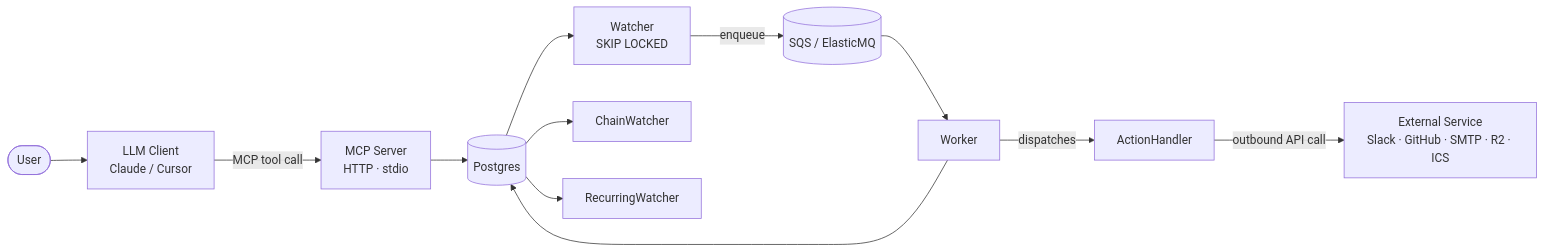
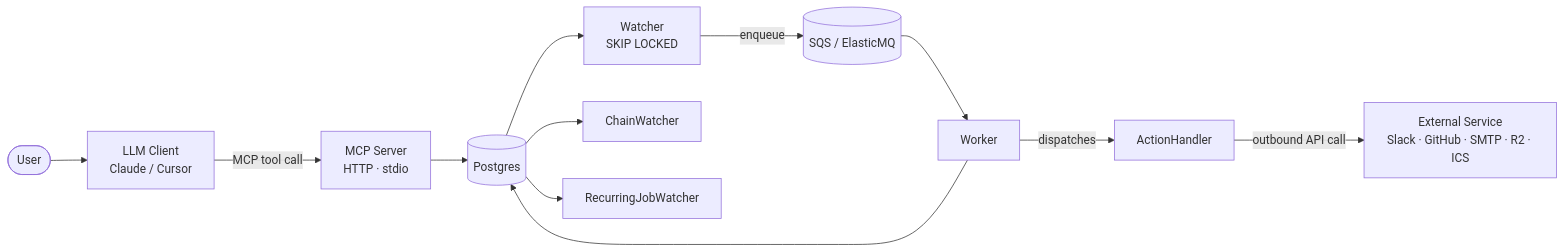
The diagram in README.md (PaynePew/task_scheduler_mcp), drawn with Mermaid before and after one commit. The commit also changed other lines of this file, not shown here.

Commit message:
refactor(docs): use canonical RecurringJobWatcher in README D1
CONTEXT.md, ADR-009, app/workers/recurring_watcher.py, and the rest
of the codebase consistently use "RecurringJobWatcher". README D1
introduced "RecurringWatcher" — terminology drift per the CONTEXT.md
naming rule. Align both the diagram label and the supporting paragraph.

Refs #99

````diff
--- a/README.md
+++ b/README.md
@@ -26,14 +26,14 @@
 ```mermaid
 flowchart LR
     User([User]) --> LLM[LLM Client\nClaude / Cursor]
     LLM -->|MCP tool call| MCP[MCP Server\nHTTP · stdio]
     MCP --> DB[(Postgres)]
     DB --> W[Watcher\nSKIP LOCKED]
     W -->|enqueue| Q[(SQS / ElasticMQ)]
     Q --> Worker[Worker]
     Worker -->|dispatches| AH[ActionHandler]
     AH -->|outbound API call| Ext[External Service\nSlack · GitHub · SMTP · R2 · ICS]
     Worker --> DB
     DB --> CW[ChainWatcher]
-    DB --> RW[RecurringWatcher]
+    DB --> RW[RecurringJobWatcher]
 ```
````
